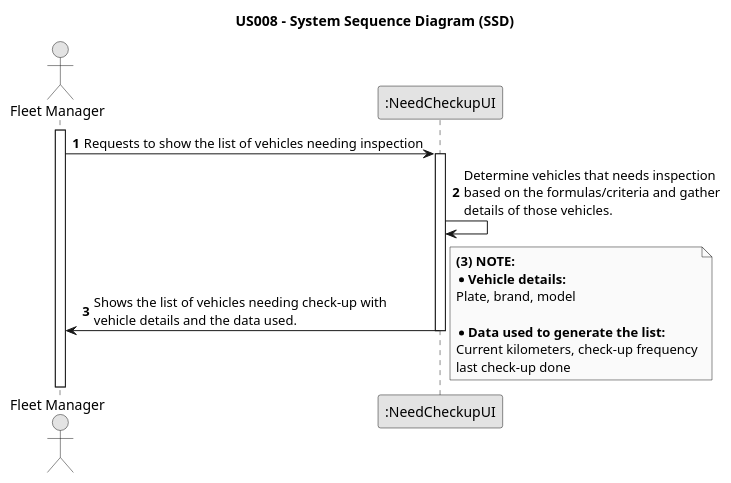
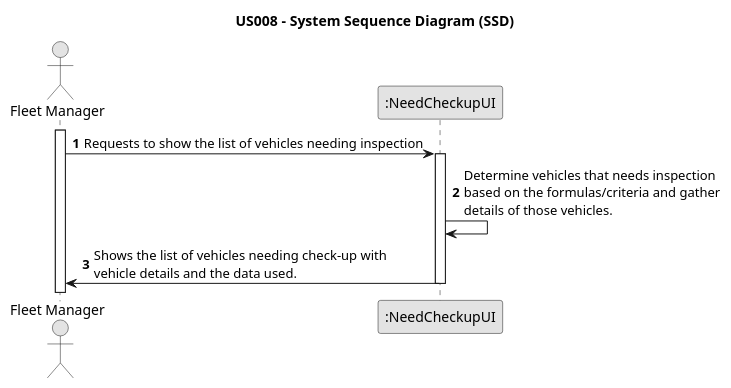
One commit to Rui-San/LAPR2_2023_2024 changed the diagram in docs/sprintB/us008/01.requirements-engineering/puml/us008-system-sequence-diagram.puml. Above: the diagram before and after it, drawn with PlantUML.

Commit message:
US008: fixed SSD

```diff
--- a/docs/sprintB/us008/01.requirements-engineering/puml/us008-system-sequence-diagram.puml
+++ b/docs/sprintB/us008/01.requirements-engineering/puml/us008-system-sequence-diagram.puml
@@ -1,36 +1,26 @@
 @startuml
 skinparam monochrome true
 skinparam packageStyle rectangle
 skinparam shadowing false
 
 title US008 - System Sequence Diagram (SSD)
 
 autonumber
 
 actor "Fleet Manager" as Employee
 participant ":NeedCheckupUI" as System
 
 activate Employee
 
     Employee -> System : Requests to show the list of vehicles needing inspection
     activate System
 
         System -> System : Determine vehicles that needs inspection \nbased on the formulas/criteria and gather \ndetails of those vehicles.
 
         System -> Employee : Shows the list of vehicles needing check-up with \nvehicle details and the data used.
 
     deactivate System
 
-note right
-**(3) NOTE:**
-* **Vehicle details:**
-Plate, brand, model
-
-* **Data used to generate the list:**
-Current kilometers, check-up frequency
-last check-up done
-end note
-
     deactivate System
 
 @enduml
```
